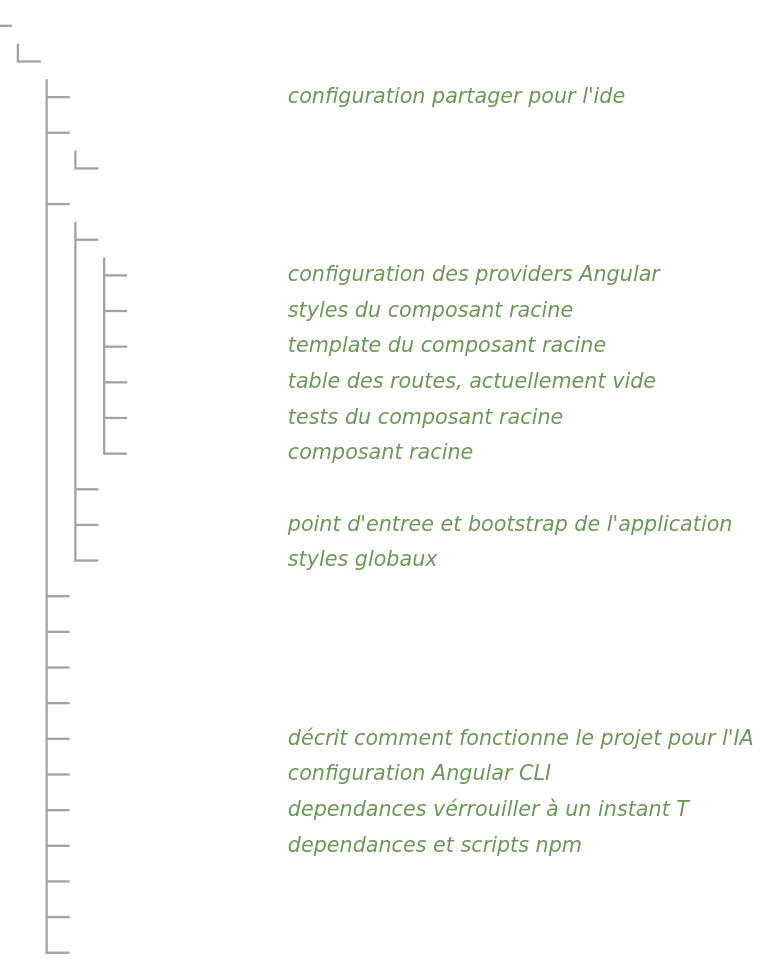
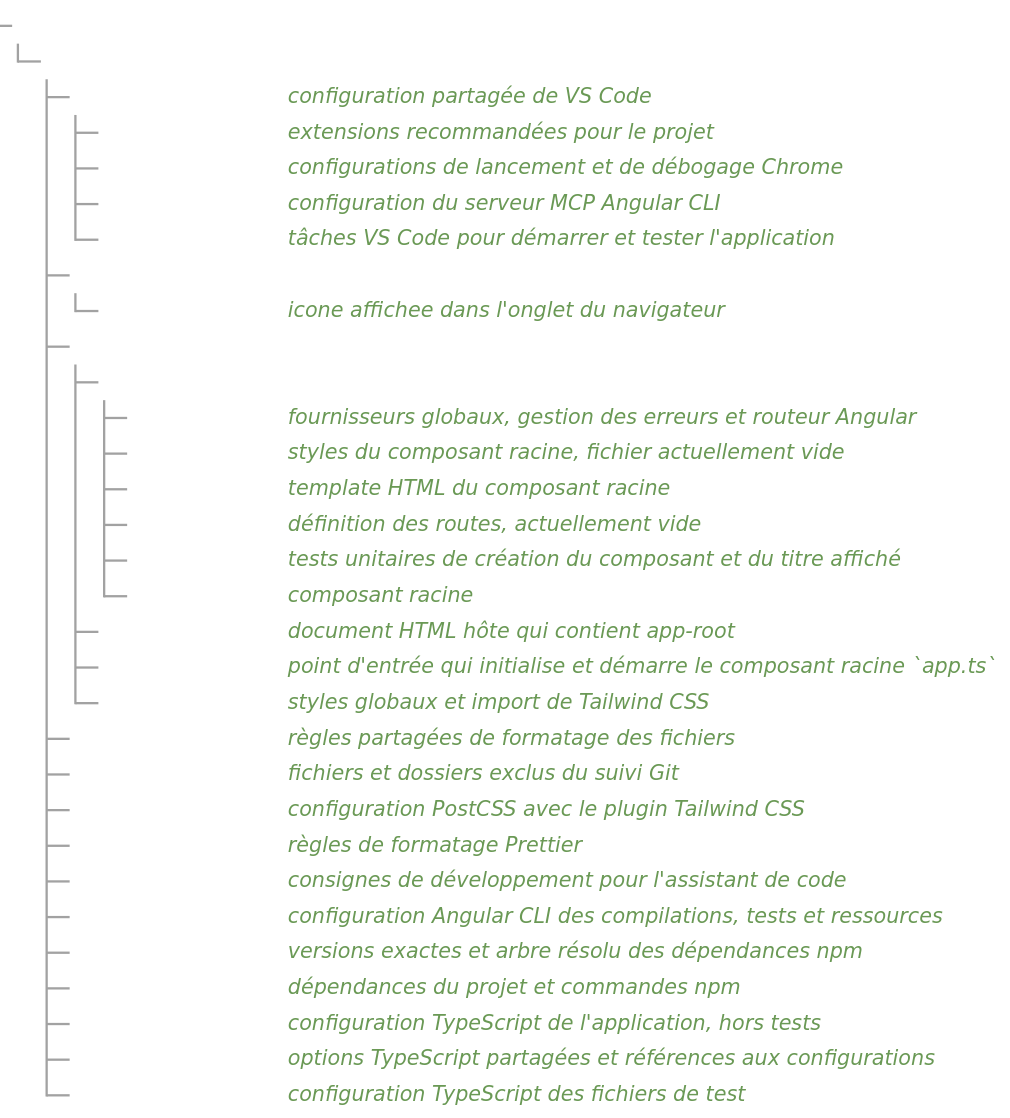
Before and after one commit to AichehA/starterAngular22: the diagram in README.md, drawn with Mermaid.

Commit message:
Ajout des commentaires

````diff
--- a/README.md
+++ b/README.md
@@ -29,40 +29,44 @@
 ```mermaid
 ---
 config:
     treeView:
         rowIndent: 20
         lineThickness: 2
     themeVariables:
         treeView:
             labelFontSize: '18px'
             labelColor: '#FFFFFF'
             lineColor: '#a2a2a2'
 ---
 treeView-beta
   starterAngular22/
-    .vscode ## configuration partager pour l'ide
+    .vscode/ ## configuration partagée de VS Code
+      extensions.json ## extensions recommandées pour le projet
+      launch.json ## configurations de lancement et de débogage Chrome
+      mcp.json ## configuration du serveur MCP Angular CLI
+      tasks.json ## tâches VS Code pour démarrer et tester l'application
     public/
-      favicon.ico
+      favicon.ico ## icone affichee dans l'onglet du navigateur
     src/
       app/
-        app.config.ts ## configuration des providers Angular
-        app.css ## styles du composant racine
-        app.html ## template du composant racine
-        app.routes.ts ## table des routes, actuellement vide
-        app.spec.ts ## tests du composant racine
+        app.config.ts ## fournisseurs globaux, gestion des erreurs et routeur Angular
+        app.css ## styles du composant racine, fichier actuellement vide
+        app.html ## template HTML du composant racine
+        app.routes.ts ## définition des routes, actuellement vide
+        app.spec.ts ## tests unitaires de création du composant et du titre affiché
         app.ts ## composant racine
-      index.html
-      main.ts ## point d'entree et bootstrap de l'application
-      styles.css ## styles globaux
-    .editorconfig ## 
-    .gitignore ## 
-    .postcssrc.json ## 
-    .prettierrc ## 
-    AGENTS.md ## décrit comment fonctionne le projet pour l'IA
-    angular.json ## configuration Angular CLI
-    package-lock.json ## dependances vérrouiller à un instant T
-    package.json ## dependances et scripts npm
-    tsconfig.app.json
-    tsconfig.json
-    tsconfig.spec.json
+      index.html ## document HTML hôte qui contient app-root
+      main.ts ## point d'entrée qui initialise et démarre le composant racine `app.ts`
+      styles.css ## styles globaux et import de Tailwind CSS
+    .editorconfig ## règles partagées de formatage des fichiers
+    .gitignore ## fichiers et dossiers exclus du suivi Git
+    .postcssrc.json ## configuration PostCSS avec le plugin Tailwind CSS
+    .prettierrc ## règles de formatage Prettier
+    AGENTS.md ## consignes de développement pour l'assistant de code
+    angular.json ## configuration Angular CLI des compilations, tests et ressources
+    package-lock.json ## versions exactes et arbre résolu des dépendances npm
+    package.json ## dépendances du projet et commandes npm
+    tsconfig.app.json ## configuration TypeScript de l'application, hors tests
+    tsconfig.json ## options TypeScript partagées et références aux configurations
+    tsconfig.spec.json ## configuration TypeScript des fichiers de test
 ```
````
